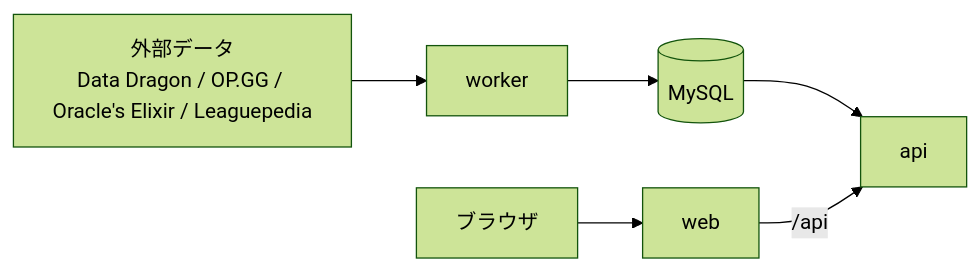
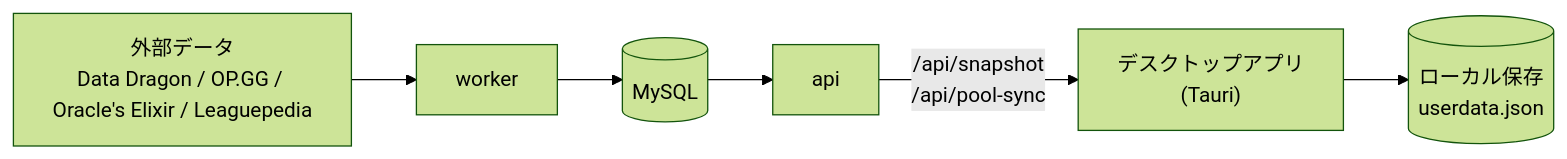
Before and after one commit to Harukoto-Project/draft.gg: the diagram in README.md, drawn with Mermaid (forest theme). The commit also changed other lines of this file and 4 other files, not shown here.

````diff
--- a/README.md
+++ b/README.md
@@ -68,8 +79,8 @@
 ```mermaid
 flowchart LR
   ext["外部データ<br/>Data Dragon / OP.GG / Oracle's Elixir / Leaguepedia"] --> worker
   worker --> db[("MySQL")]
   db --> api
-  browser["ブラウザ"] --> web
-  web -->|"/api"| api
+  api -->|"/api/snapshot<br/>/api/pool-sync"| app["デスクトップアプリ<br/>(Tauri)"]
+  app --> local[("ローカル保存<br/>userdata.json")]
 ```
````
